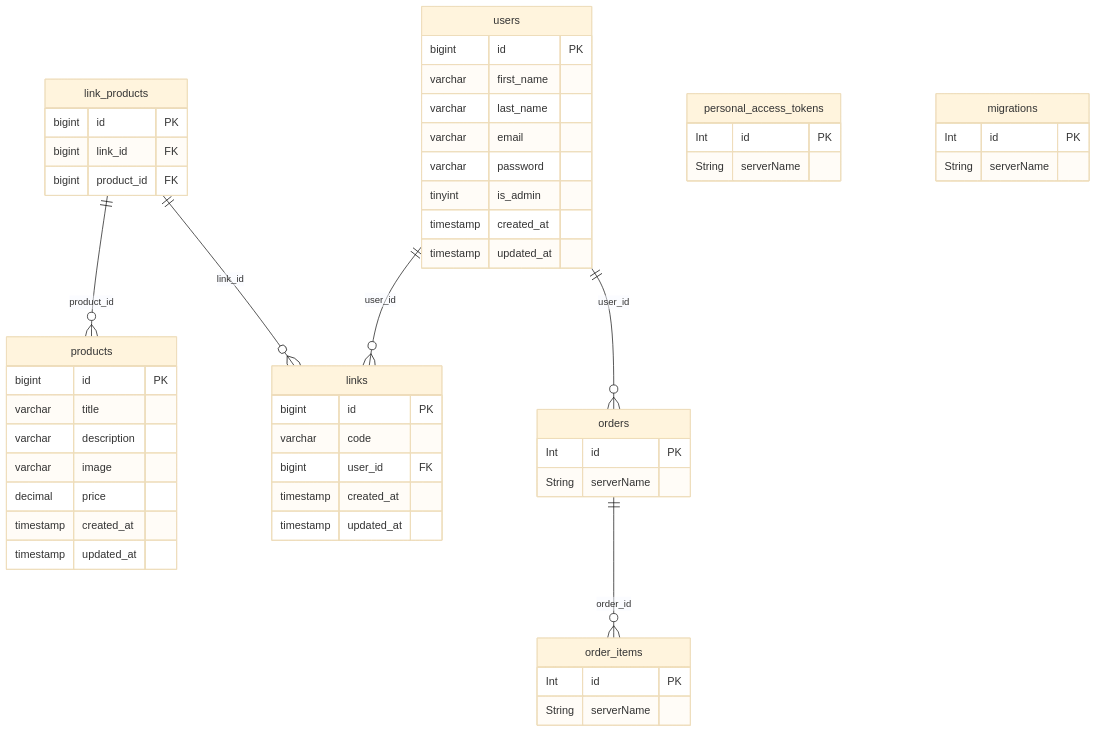
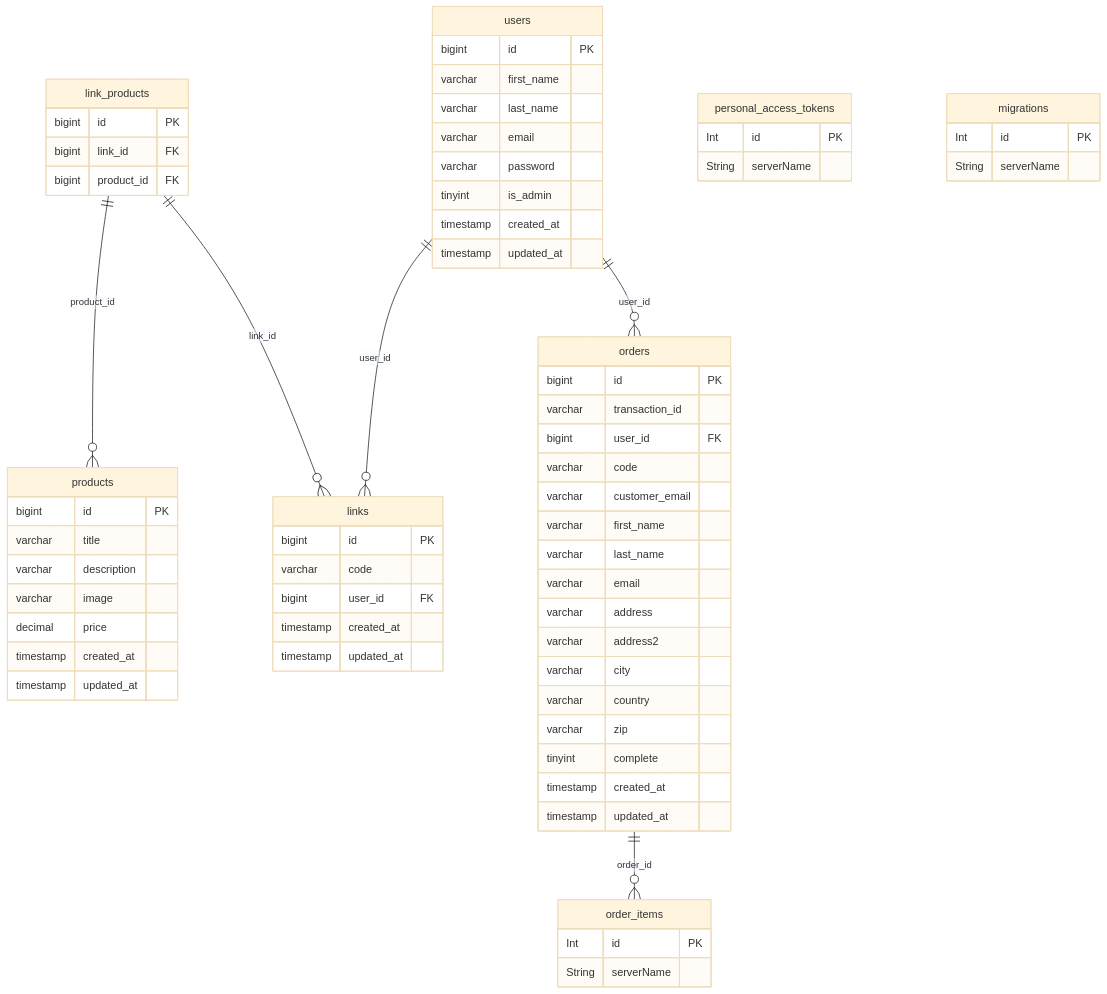
The diagram in README.md (devkiloton/laravel-ambassador), drawn with Mermaid (base theme) before and after one commit.

Commit message:
Creating orders table

````diff
--- a/README.md
+++ b/README.md
@@ -39,63 +39,77 @@
 ```mermaid
 erDiagram
     users {
         bigint id PK
         varchar first_name
         varchar last_name
         varchar email
         varchar password
         tinyint is_admin
         timestamp created_at
         timestamp updated_at
     }
 
     links {
         bigint id PK
         varchar code
         bigint user_id FK
         timestamp created_at
         timestamp updated_at
     }
     
     link_products {
         bigint id PK
         bigint link_id FK
         bigint product_id FK
     }
 
     products {
         bigint id PK
         varchar title
         varchar description
         varchar image
         decimal price
         timestamp created_at
         timestamp updated_at
     }
     
     orders {
-        Int id PK
-        String serverName
+        bigint id PK
+        varchar transaction_id
+        bigint user_id FK
+        varchar code
+        varchar customer_email
+        varchar first_name
+        varchar last_name
+        varchar email
+        varchar address
+        varchar address2
+        varchar city
+        varchar country
+        varchar zip
+        tinyint complete
+        timestamp created_at
+        timestamp updated_at
     }
 
     order_items {
         Int id PK
         String serverName
     }
     
     personal_access_tokens {
         Int id PK
         String serverName
     }
 
     migrations {
         Int id PK
         String serverName
     }
 
     orders ||--o{ order_items : order_id
     link_products ||--o{ products : product_id
     link_products ||--o{ links: link_id
     users ||--o{ links : user_id
     users ||--o{ orders : user_id
 ```
````
